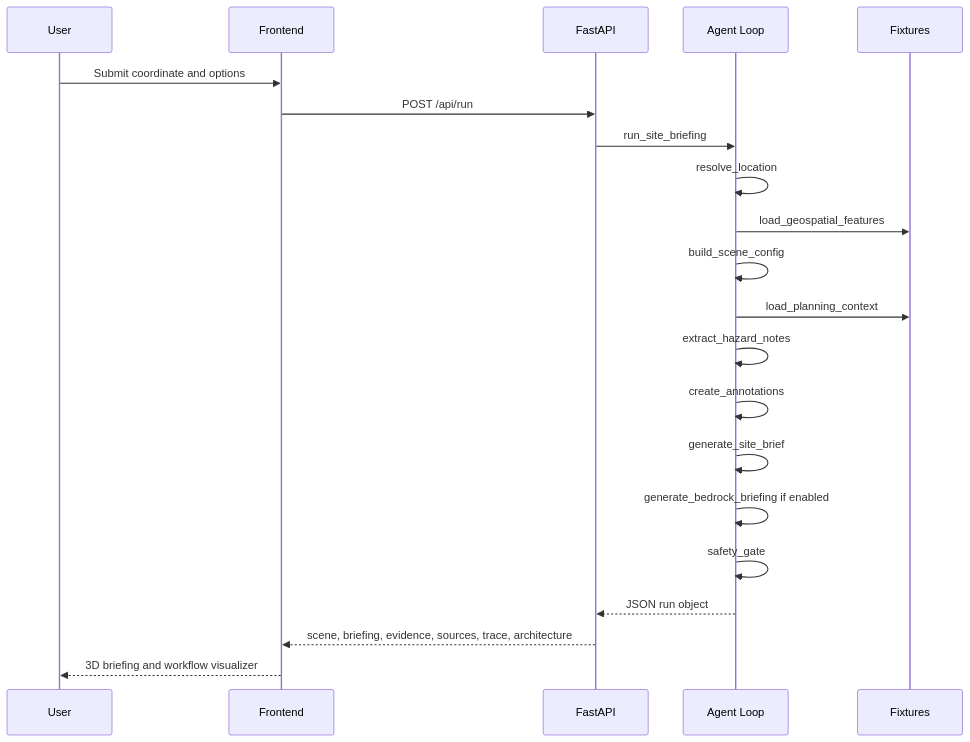
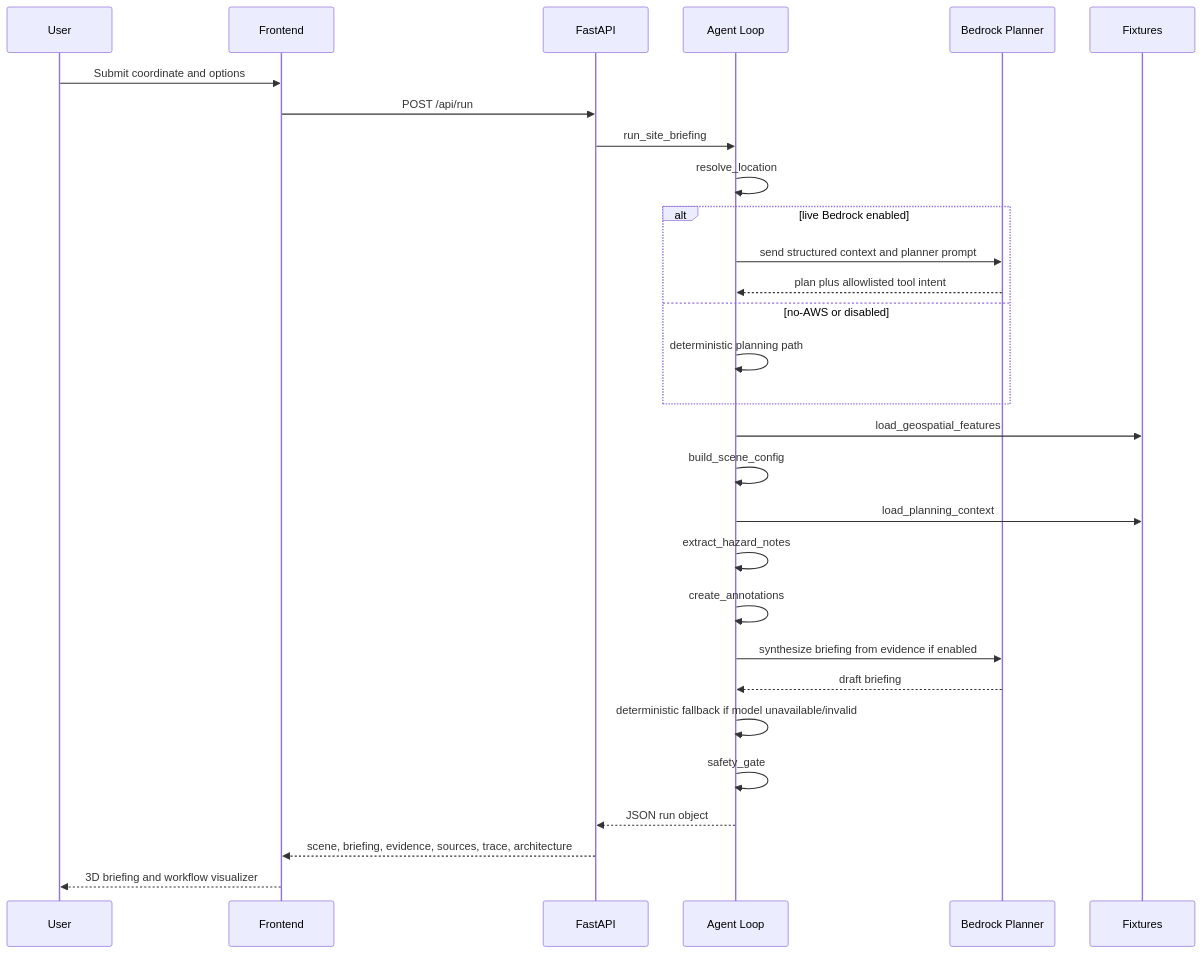
The third of 7 diagrams in docs/architecture.md (lanber1027/3D-RAMS), drawn with Mermaid before and after one commit. The commit also changed other lines of this file and 19 other files, not shown here.

````diff
--- a/docs/architecture.md
+++ b/docs/architecture.md
@@ -67,24 +85,32 @@
 ```mermaid
 sequenceDiagram
     participant U as User
     participant UI as Frontend
     participant API as FastAPI
     participant A as Agent Loop
+    participant M as Bedrock Planner
     participant F as Fixtures
 
     U->>UI: Submit coordinate and options
     UI->>API: POST /api/run
     API->>A: run_site_briefing
     A->>A: resolve_location
+    alt live Bedrock enabled
+        A->>M: send structured context and planner prompt
+        M-->>A: plan plus allowlisted tool intent
+    else no-AWS or disabled
+        A->>A: deterministic planning path
+    end
     A->>F: load_geospatial_features
     A->>A: build_scene_config
     A->>F: load_planning_context
     A->>A: extract_hazard_notes
     A->>A: create_annotations
-    A->>A: generate_site_brief
-    A->>A: generate_bedrock_briefing if enabled
+    A->>M: synthesize briefing from evidence if enabled
+    M-->>A: draft briefing
+    A->>A: deterministic fallback if model unavailable/invalid
     A->>A: safety_gate
     A-->>API: JSON run object
     API-->>UI: scene, briefing, evidence, sources, trace, architecture
     UI-->>U: 3D briefing and workflow visualizer
 ```
````
